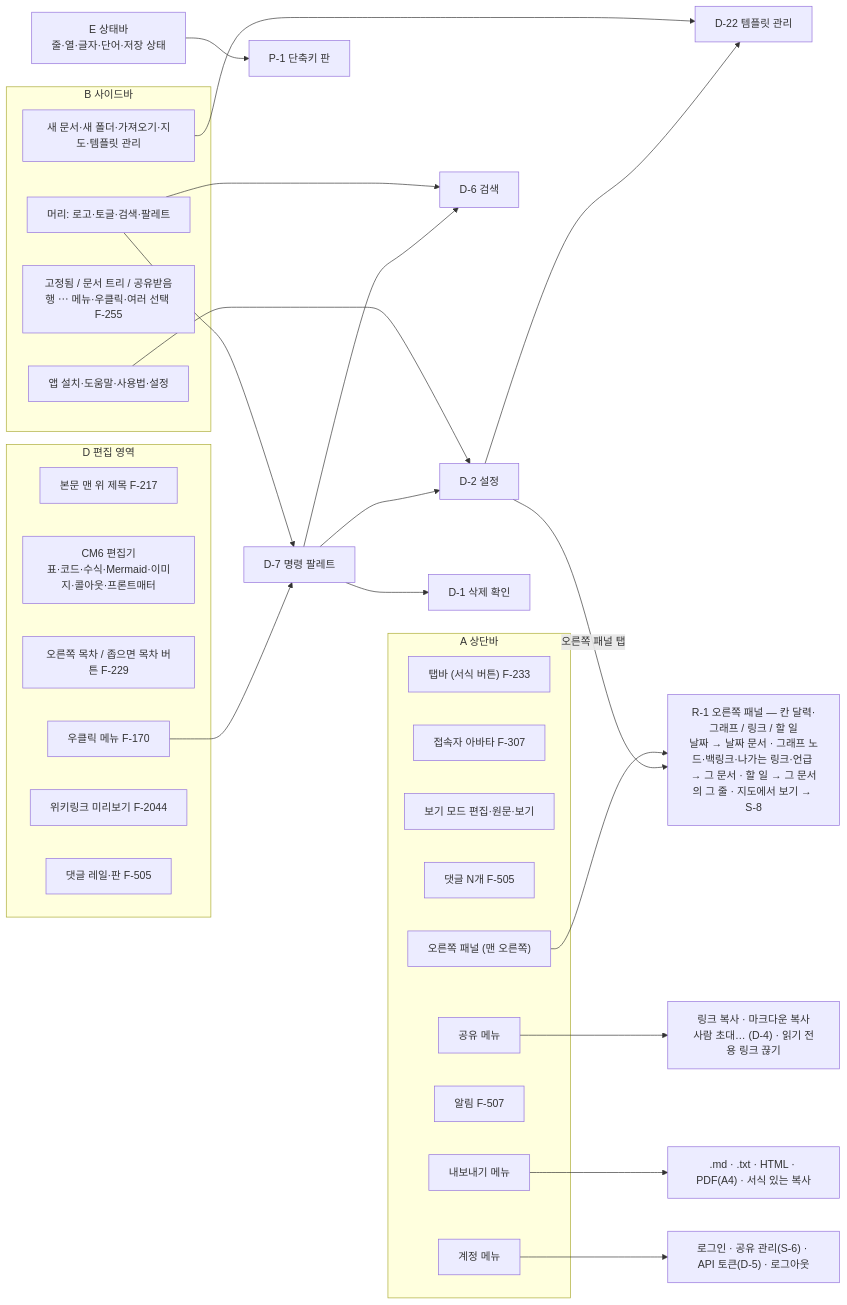
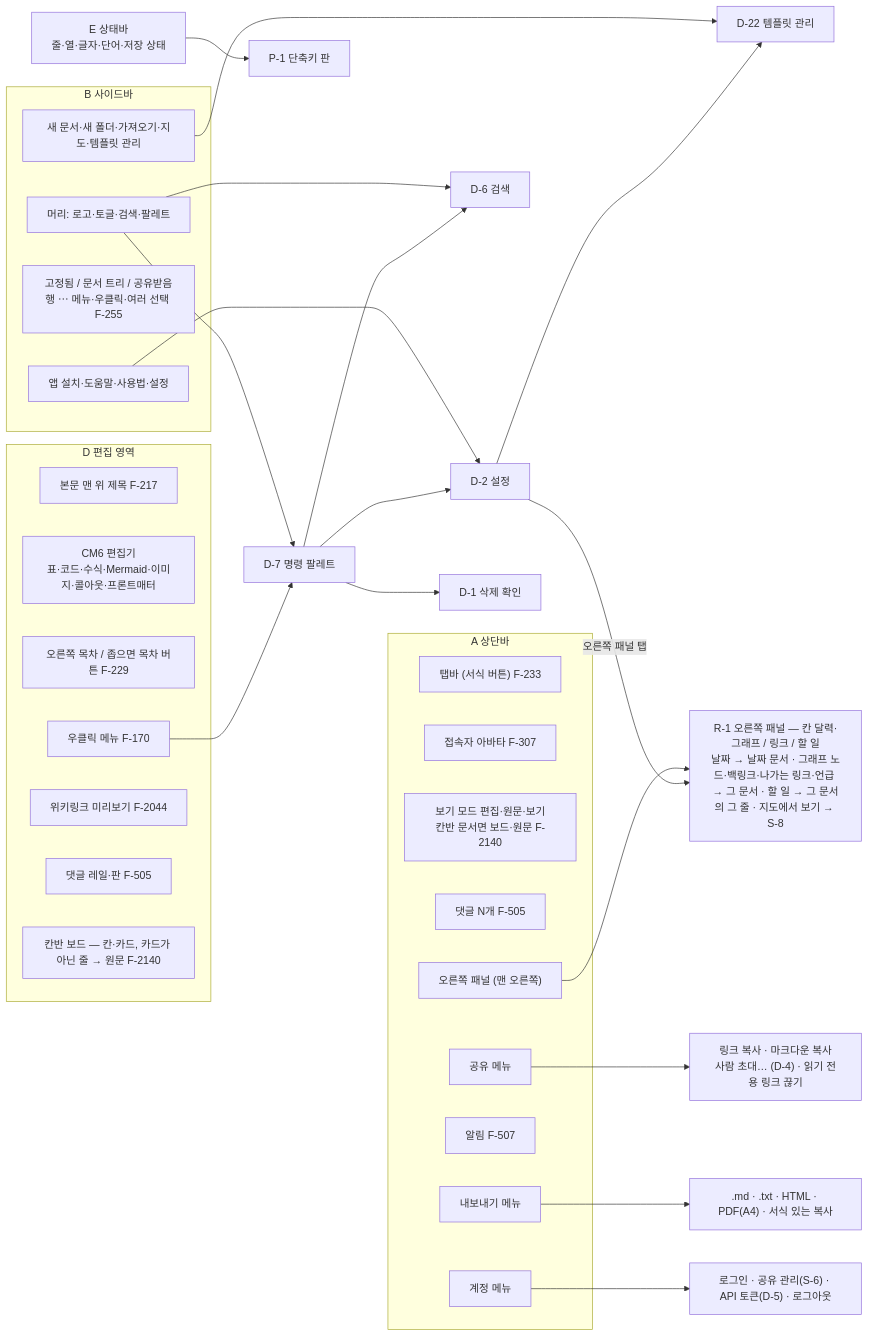
Before and after one commit to R00neyj/rawdoc: the third of 5 diagrams in specs/map.md, drawn with Mermaid. The commit also changed 18 other files, not shown here.

````diff
--- a/specs/map.md
+++ b/specs/map.md
@@ -68,45 +68,46 @@
 ```mermaid
 flowchart LR
   subgraph A["A 상단바"]
     A1["탭바 (서식 버튼) F-233"]
     A2["접속자 아바타 F-307"]
-    A3["보기 모드 편집·원문·보기"]
+    A3["보기 모드 편집·원문·보기<br/>칸반 문서면 보드·원문 F-2140"]
     A4["댓글 N개 F-505"]
     A5["공유 메뉴"]
     A6["내보내기 메뉴"]
     A7["알림 F-507"]
     A8["계정 메뉴"]
     A9["오른쪽 패널 (맨 오른쪽)"]
   end
   subgraph B["B 사이드바"]
     B1["머리: 로고·토글·검색·팔레트"]
     B2["새 문서·새 폴더·가져오기·지도·템플릿 관리"]
     B3["고정됨 / 문서 트리 / 공유받음<br/>행 ⋯ 메뉴·우클릭·여러 선택 F-255"]
     B4["앱 설치·도움말·사용법·설정"]
   end
   subgraph D["D 편집 영역"]
     D1["본문 맨 위 제목 F-217"]
     D2["CM6 편집기<br/>표·코드·수식·Mermaid·이미지·콜아웃·프론트매터"]
     D3["오른쪽 목차 / 좁으면 목차 버튼 F-229"]
     D4["우클릭 메뉴 F-170"]
     D5["위키링크 미리보기 F-2044"]
     D6["댓글 레일·판 F-505"]
+    D7["칸반 보드 — 칸·카드, 카드가 아닌 줄 → 원문 F-2140"]
   end
   E["E 상태바<br/>줄·열·글자·단어·저장 상태"]
 
   A5 --> share["링크 복사 · 마크다운 복사<br/>사람 초대… (D-4) · 읽기 전용 링크 끊기"]
   A6 --> export[".md · .txt · HTML · PDF(A4) · 서식 있는 복사"]
   A8 --> account["로그인 · 공유 관리(S-6) · API 토큰(D-5) · 로그아웃"]
   B1 --> D6dlg["D-6 검색"]
   B1 --> D7dlg["D-7 명령 팔레트"]
   B4 --> D2dlg["D-2 설정"]
   B2 --> D22dlg["D-22 템플릿 관리"]
   D2dlg --> D22dlg
   D4 --> D7dlg
   D7dlg --> D1dlg["D-1 삭제 확인"]
   D7dlg --> D2dlg
   D7dlg --> D6dlg
   E --> P1["P-1 단축키 판"]
   A9 --> R1["R-1 오른쪽 패널 — 칸 달력·그래프 / 링크 / 할 일<br/>날짜 → 날짜 문서 · 그래프 노드·백링크·나가는 링크·언급 → 그 문서 · 할 일 → 그 문서의 그 줄 · 지도에서 보기 → S-8"]
   D2dlg -- "오른쪽 패널 탭" --> R1
 ```
````
